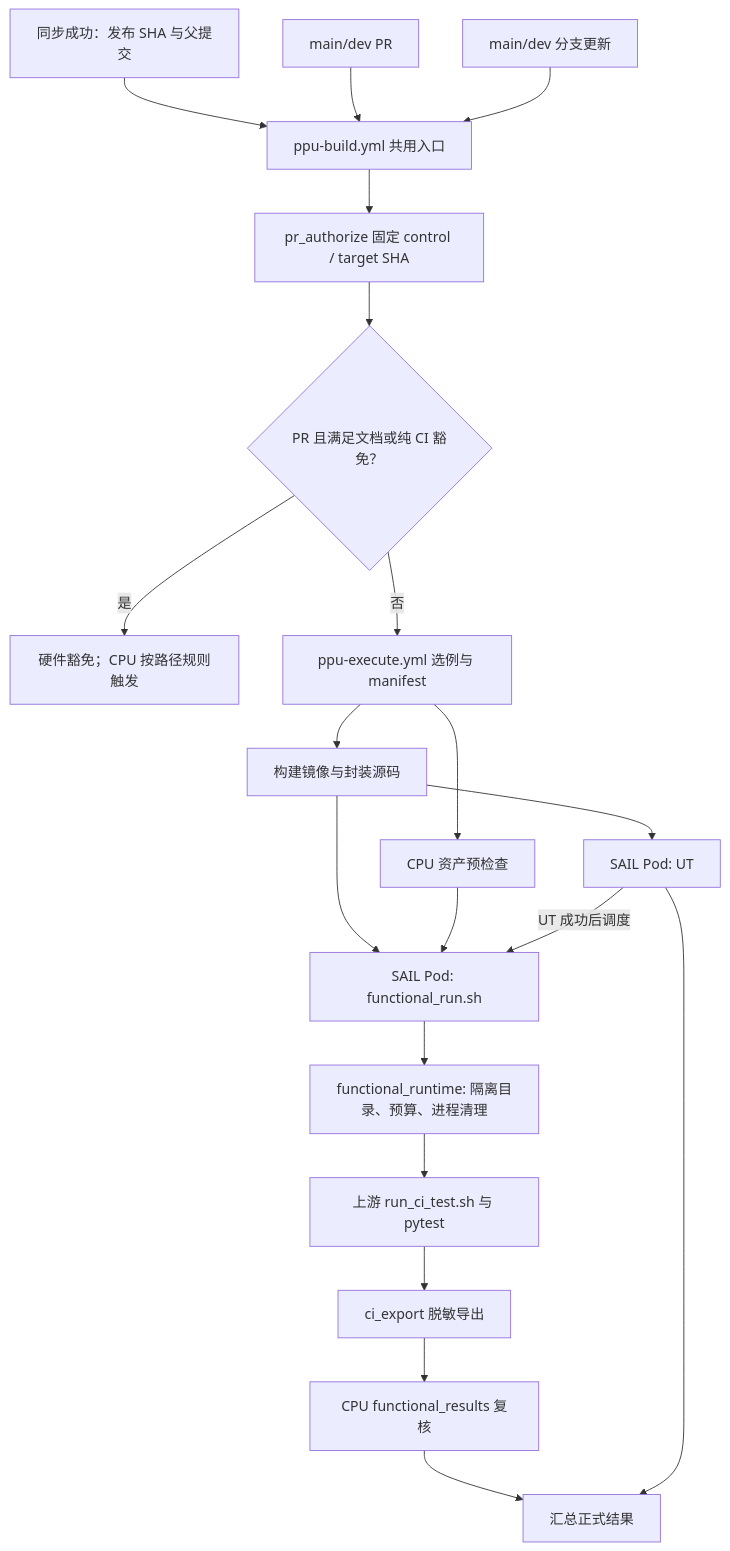
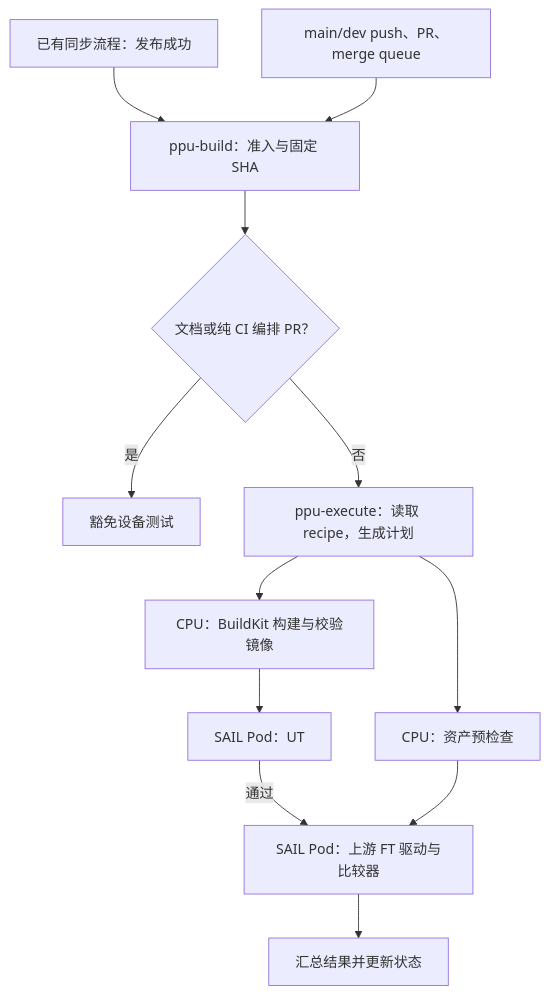
One commit to flytiger-eco/Megatron-LM-for-sail changed the diagram in docs/developer/ppu-ci.md. Above: the diagram before and after it, drawn with Mermaid. The commit also changed other lines of this file and 25 other files, not shown here.

````diff
--- a/docs/developer/ppu-ci.md
+++ b/docs/developer/ppu-ci.md
@@ -73,22 +8,14 @@
 ```mermaid
 flowchart TD
-    S[同步成功：发布 SHA 与父提交] --> A[ppu-build.yml 共用入口]
-    P[main/dev PR] --> A
-    U[main/dev 分支更新] --> A
-    A --> B[pr_authorize 固定 control / target SHA]
-    B --> Q{PR 且满足文档或纯 CI 豁免？}
-    Q -->|是| X[硬件豁免；CPU 按路径规则触发]
-    Q -->|否| C[ppu-execute.yml 选例与 manifest]
-    C --> D[CPU 资产预检查]
-    C --> E[构建镜像与封装源码]
-    E --> F[SAIL Pod: UT]
-    E --> G[SAIL Pod: functional_run.sh]
-    D --> G
-    F -->|UT 成功后调度| G
-    G --> H[functional_runtime: 隔离目录、预算、进程清理]
-    H --> I[上游 run_ci_test.sh 与 pytest]
-    I --> J[ci_export 脱敏导出]
-    J --> K[CPU functional_results 复核]
-    K --> L[汇总正式结果]
-    F --> L
+    S[已有同步流程：发布成功] --> A[ppu-build：准入与固定 SHA]
+    P[main/dev push、PR、merge queue] --> A
+    A --> Q{文档或纯 CI 编排 PR？}
+    Q -->|是| X[豁免设备测试]
+    Q -->|否| C[ppu-execute：读取 recipe，生成计划]
+    C --> D[CPU：资产预检查]
+    C --> E[CPU：BuildKit 构建与校验镜像]
+    E --> U[SAIL Pod：UT]
+    U -->|通过| F[SAIL Pod：上游 FT 驱动与比较器]
+    D --> F
+    F --> R[汇总结果并更新状态]
 ```
````
